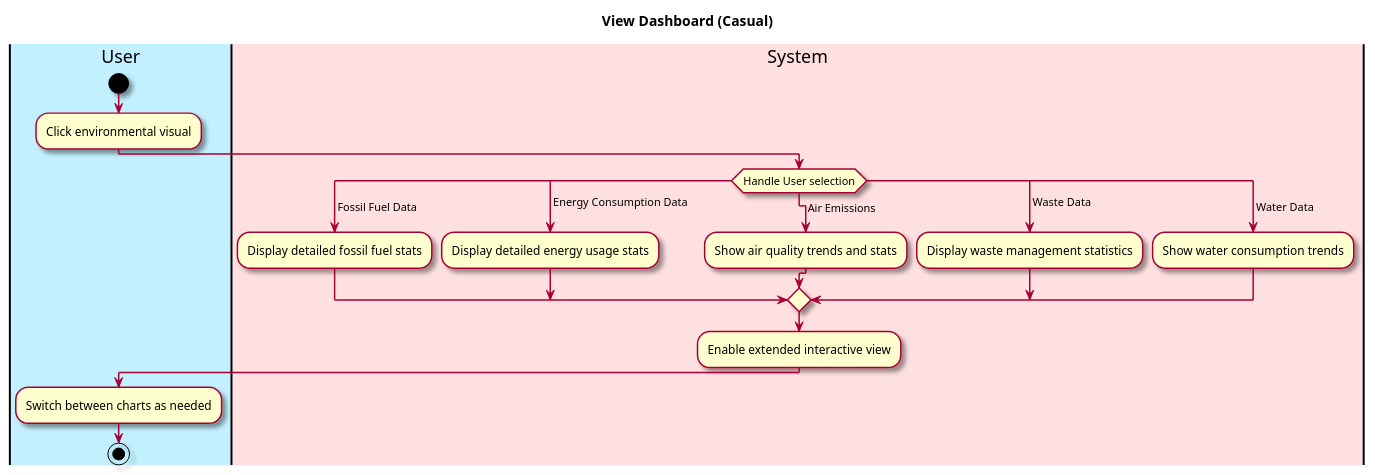
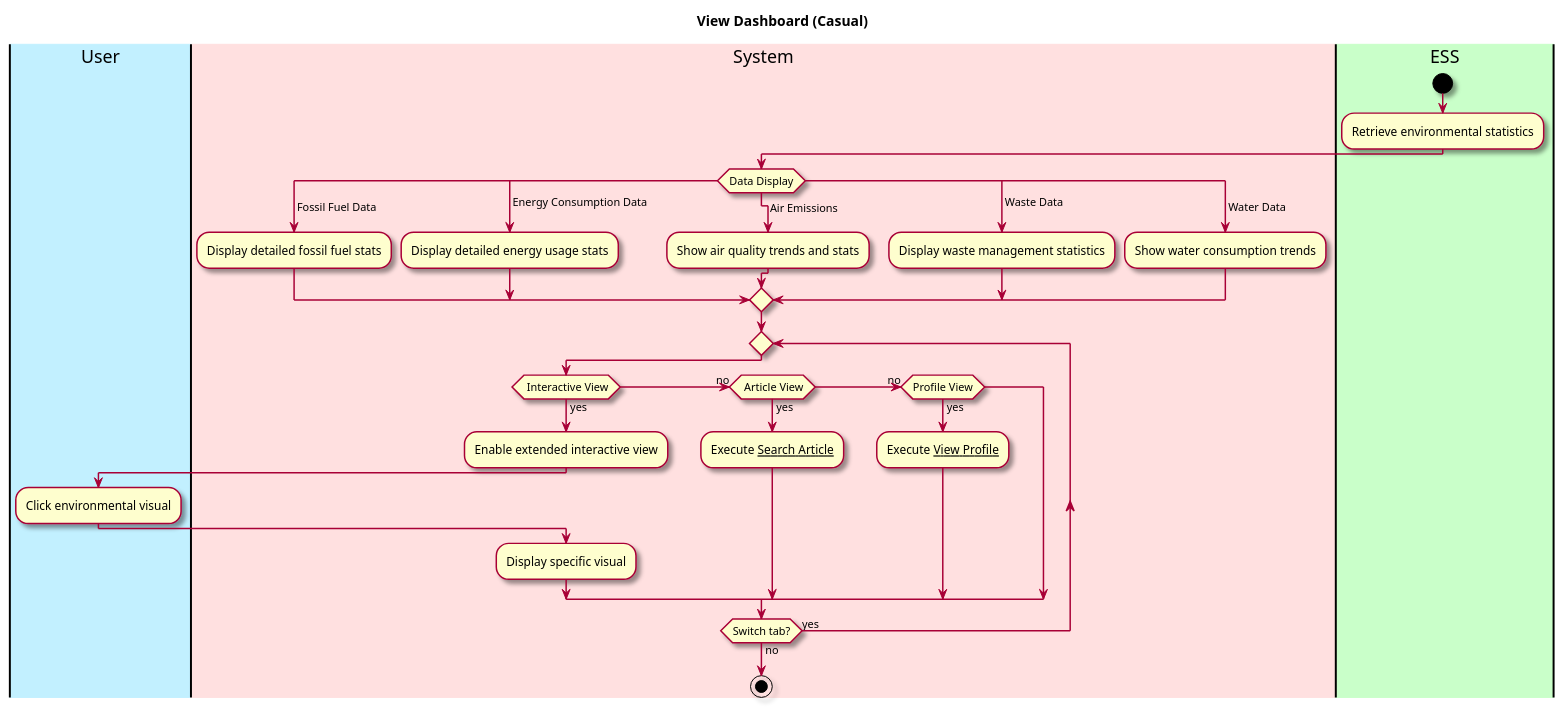
One commit to owhitleym-ui/EcoScoop changed the diagram in intellij/doc/Functional Specification/view-dashboard.md. Above: the diagram before and after it, drawn with PlantUML. The commit also changed other lines of this file and 12 other files, not shown here.

````diff
--- a/intellij/doc/Functional Specification/view-dashboard.md
+++ b/intellij/doc/Functional Specification/view-dashboard.md
@@ -23,42 +24,60 @@
 ```plantuml
 @startuml
 
 skin rose
 
 title View Dashboard (Casual)
 
 'define the lanes
 |#application|User|
 |#implementation|System|
+|#technology|ESS|
 
-|User|
 start
-:Click environmental visual;
+
+|ESS|
+:Retrieve environmental statistics;
+
+
 |System|
-switch (Handle User selection)
+switch (Data Display)
     case ( Fossil Fuel Data)
         |System|
         :Display detailed fossil fuel stats;
     case ( Energy Consumption Data)
         |System|
         :Display detailed energy usage stats;
     case (   Air Emissions)
         |System|
         :Show air quality trends and stats;
     case ( Waste Data)
         |System|
         :Display waste management statistics;
     case ( Water Data)
         |System|
         :Show water consumption trends;
 
 endswitch
 
-|System|
+repeat
+
+if ( Interactive View) then (yes)
 :Enable extended interactive view;
 |User|
-:Switch between charts as needed;
+:Click environmental visual;
+
+|System|
+:Display specific visual;
+(no) elseif ( Article View) then (yes)
+:Execute __Search Article__;
+
+(no) elseif (Profile View) then (yes)
+:Execute __View Profile__;
+endif
+
+repeat while (Switch tab?) is (yes) not (no)
+
 
 stop
 @enduml
 ```
````
